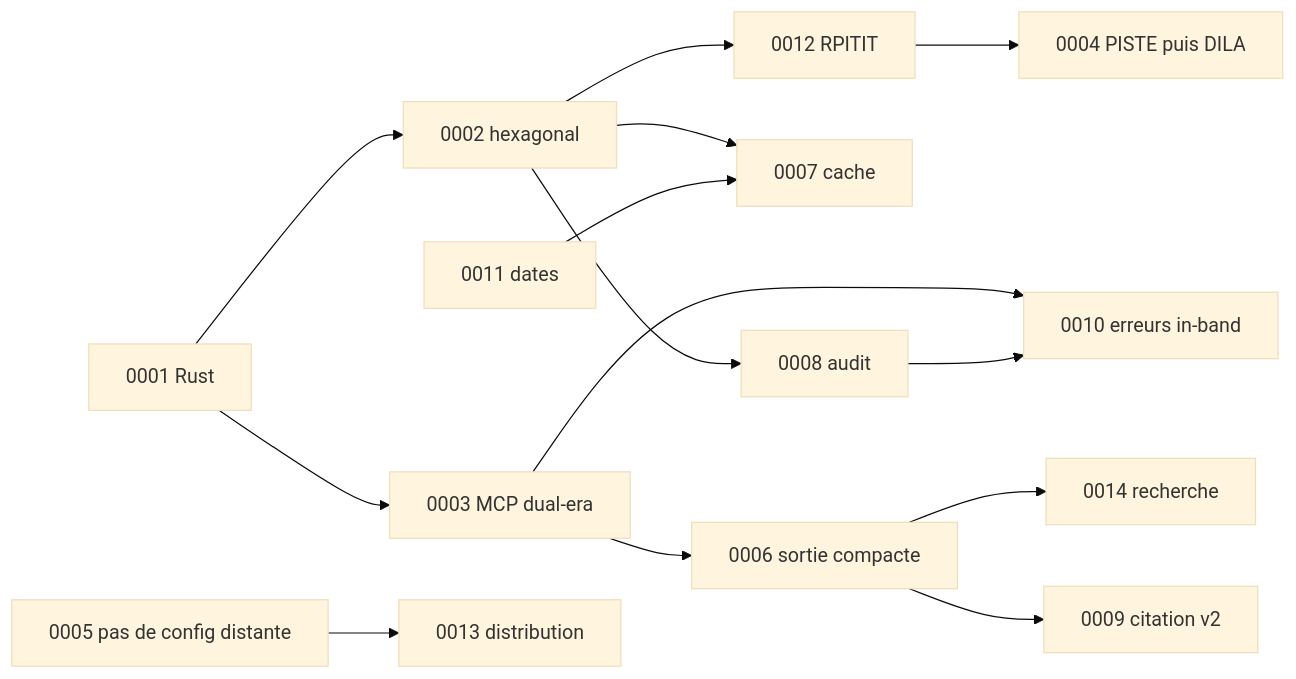
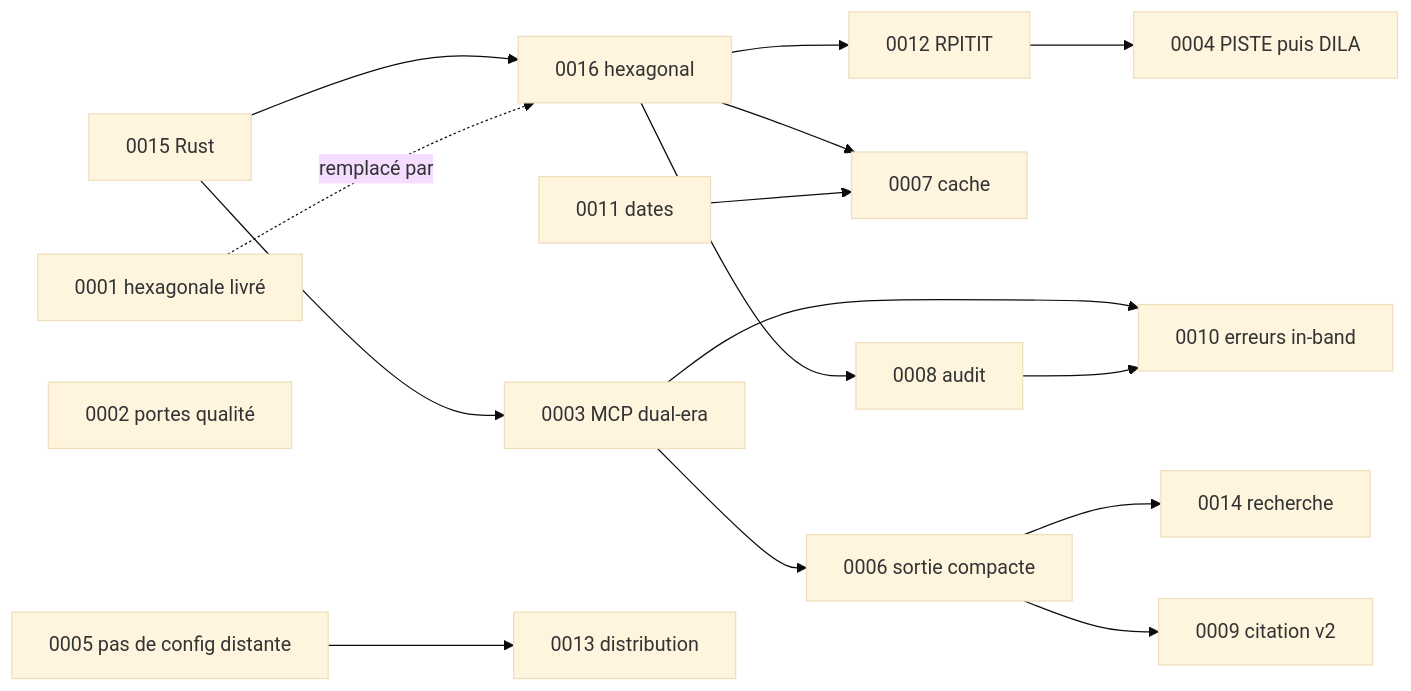
The second of 2 diagrams in docs/adr/README.md (muchiny/mcp-legifrance), drawn with Mermaid (base theme) before and after one commit. The commit also changed other lines of this file and 11 other files, not shown here.

````diff
--- a/docs/adr/README.md
+++ b/docs/adr/README.md
@@ -106,16 +112,18 @@
 ```mermaid
 graph LR
-    A1[0001 Rust] --> A2[0002 hexagonal]
-    A2 --> A12[0012 RPITIT]
-    A2 --> A7[0007 cache]
-    A2 --> A8[0008 audit]
-    A1 --> A3[0003 MCP dual-era]
+    A15[0015 Rust] --> A16[0016 hexagonal]
+    A01[0001 hexagonale livré] -. remplacé par .-> A16
+    A02[0002 portes qualité]
+    A16 --> A12[0012 RPITIT]
+    A16 --> A7[0007 cache]
+    A16 --> A8[0008 audit]
+    A15 --> A3[0003 MCP dual-era]
     A3 --> A6[0006 sortie compacte]
     A3 --> A10[0010 erreurs in-band]
     A6 --> A14[0014 recherche]
     A6 --> A9[0009 citation v2]
     A12 --> A4[0004 PISTE puis DILA]
     A11[0011 dates] --> A7
     A5[0005 pas de config distante] --> A13[0013 distribution]
     A8 --> A10
 ```
````
